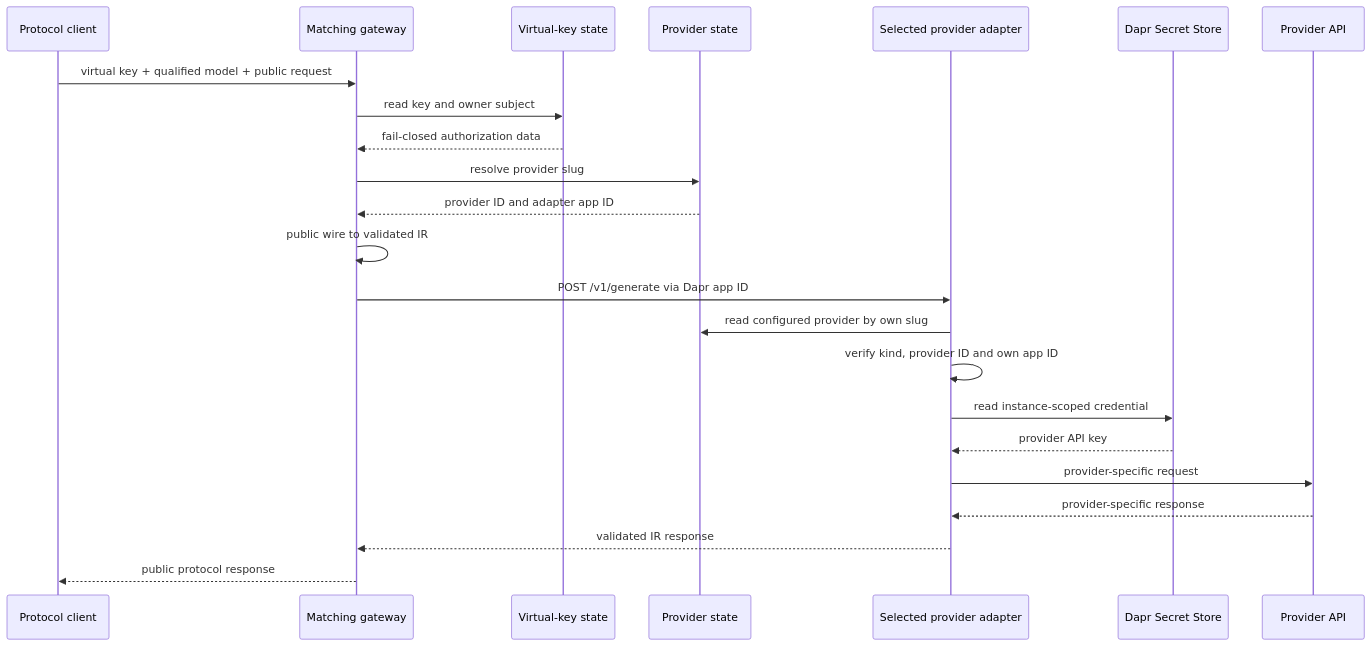
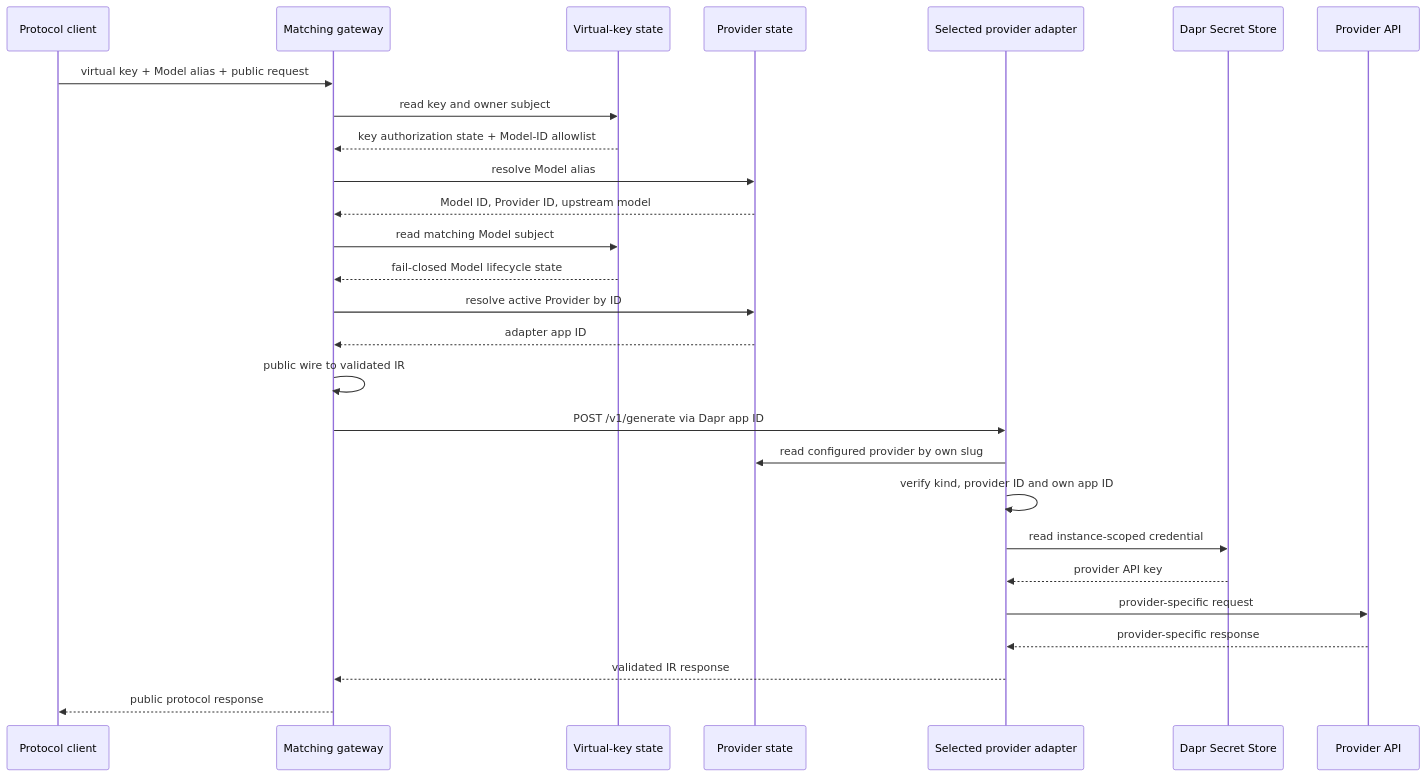
The diagram in docs/architecture.md (Albe83/gwai), drawn with Mermaid before and after one commit. The commit also changed other lines of this file and 56 other files, not shown here.

````diff
--- a/docs/architecture.md
+++ b/docs/architecture.md
@@ -45,26 +48,30 @@
 ```mermaid
 sequenceDiagram
     participant C as Protocol client
     participant G as Matching gateway
     participant K as Virtual-key state
     participant R as Provider state
     participant A as Selected provider adapter
     participant D as Dapr Secret Store
     participant P as Provider API
 
-    C->>G: virtual key + qualified model + public request
+    C->>G: virtual key + Model alias + public request
     G->>K: read key and owner subject
-    K-->>G: fail-closed authorization data
-    G->>R: resolve provider slug
-    R-->>G: provider ID and adapter app ID
+    K-->>G: key authorization state + Model-ID allowlist
+    G->>R: resolve Model alias
+    R-->>G: Model ID, Provider ID, upstream model
+    G->>K: read matching Model subject
+    K-->>G: fail-closed Model lifecycle state
+    G->>R: resolve active Provider by ID
+    R-->>G: adapter app ID
     G->>G: public wire to validated IR
     G->>A: POST /v1/generate via Dapr app ID
     A->>R: read configured provider by own slug
     A->>A: verify kind, provider ID and own app ID
     A->>D: read instance-scoped credential
     D-->>A: provider API key
     A->>P: provider-specific request
     P-->>A: provider-specific response
     A-->>G: validated IR response
     G-->>C: public protocol response
 ```
````
